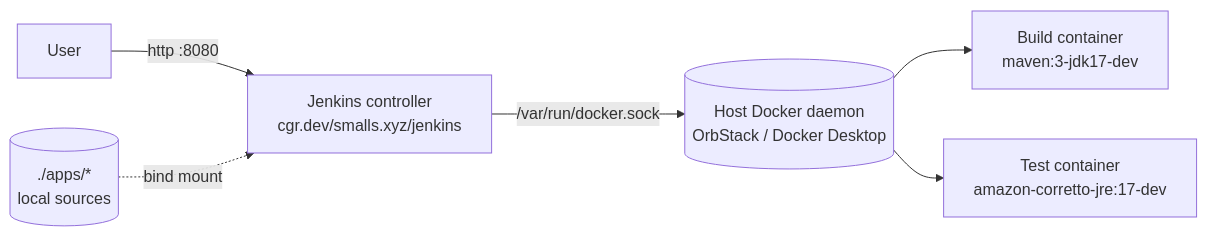
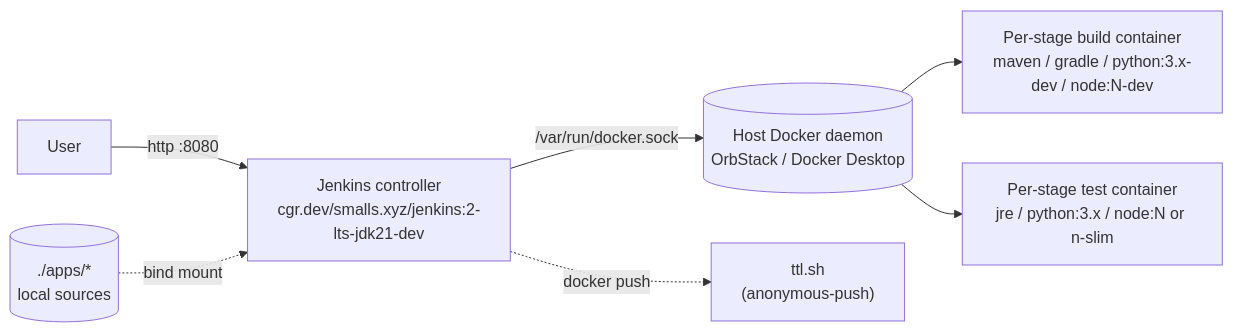
The diagram in jenkins/README.md (chainguard-demo/platform-examples), drawn with Mermaid before and after one commit. The commit also changed other lines of this file, not shown here.

First line of the commit message:
jenkins: refresh README to reflect all 7 sample apps

````diff
--- a/jenkins/README.md
+++ b/jenkins/README.md
@@ -9,15 +23,17 @@
 ```mermaid
 flowchart LR
   user[User]
   host[(Host Docker daemon<br/>OrbStack / Docker Desktop)]
-  jenkins[Jenkins controller<br/>cgr.dev/smalls.xyz/jenkins]
+  jenkins[Jenkins controller<br/>cgr.dev/smalls.xyz/jenkins:2-lts-jdk21-dev]
   apps[(./apps/*<br/>local sources)]
-  build[Build container<br/>maven:3-jdk17-dev]
-  test[Test container<br/>amazon-corretto-jre:17-dev]
+  build[Per-stage build container<br/>maven / gradle / python:3.x-dev / node:N-dev]
+  test[Per-stage test container<br/>jre / python:3.x / node:N or n-slim]
+  ttl["ttl.sh<br/>(anonymous-push)"]
 
   user -->|http :8080| jenkins
   apps -.->|bind mount| jenkins
   jenkins -->|/var/run/docker.sock| host
   host --> build
   host --> test
+  jenkins -.->|docker push| ttl
 ```
````
